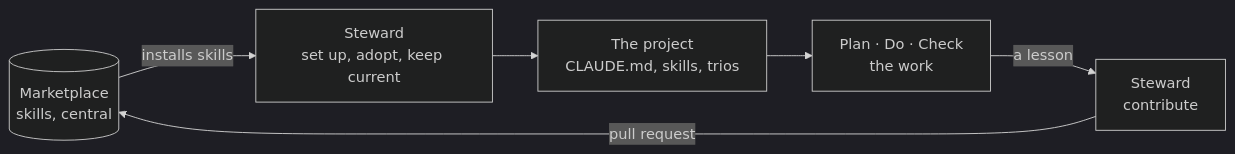
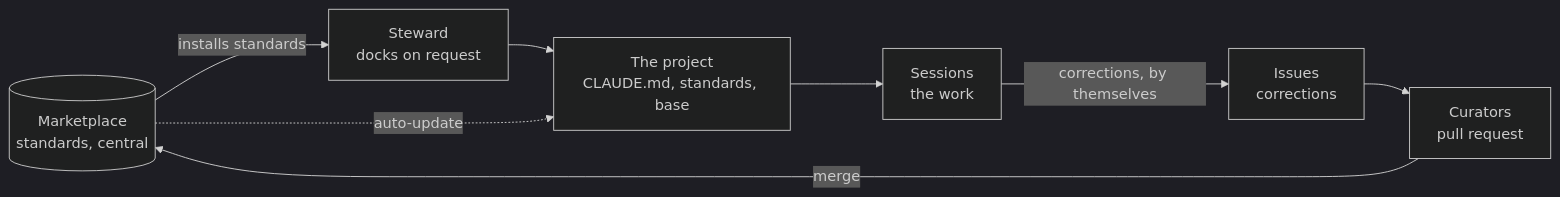
One commit to colla69/personal-claude-plugin-marketplace changed the diagram in docs/explanation/the-idea.md. Above: the diagram before and after it, drawn with Mermaid (dark theme). The commit also changed other lines of this file and 121 other files, not shown here.

First line of the commit message:
Rebuild the steward as three plugins: steward, base and curator

````diff
--- a/docs/explanation/the-idea.md
+++ b/docs/explanation/the-idea.md
@@ -57,10 +68,12 @@
 ```mermaid
 flowchart LR
-    M[("Marketplace<br/>skills, central")]
-    S1["Steward<br/>set up, adopt, keep current"]
-    P["The project<br/>CLAUDE.md, skills, trios"]
-    T["Plan · Do · Check<br/>the work"]
-    S2["Steward<br/>contribute"]
-    M -->|installs skills| S1 --> P --> T
-    T -->|a lesson| S2 -->|pull request| M
+    M[("Marketplace<br/>standards, central")]
+    S["Steward<br/>docks on request"]
+    P["The project<br/>CLAUDE.md, standards, base"]
+    W["Sessions<br/>the work"]
+    I["Issues<br/>corrections"]
+    C["Curators<br/>pull request"]
+    M -->|installs standards| S --> P --> W
+    W -->|corrections, by themselves| I --> C -->|merge| M
+    M -.->|auto-update| P
 ```
````
